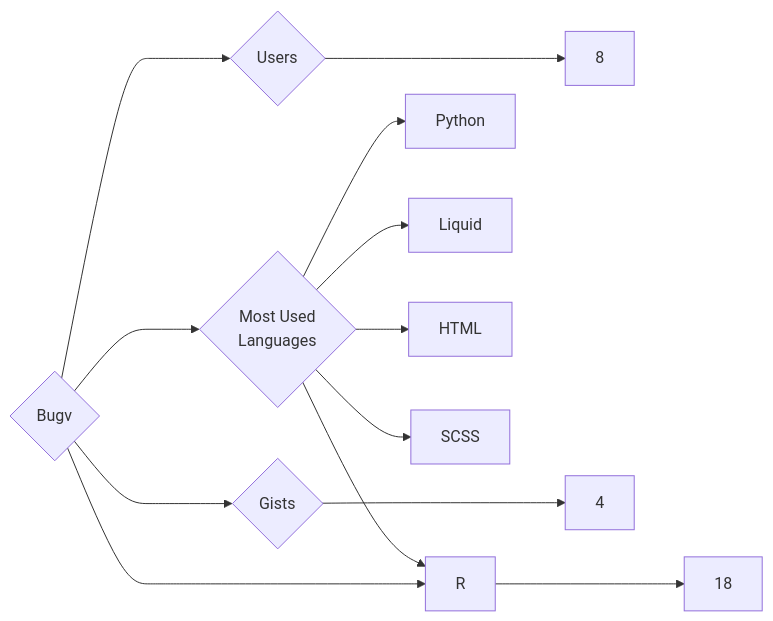
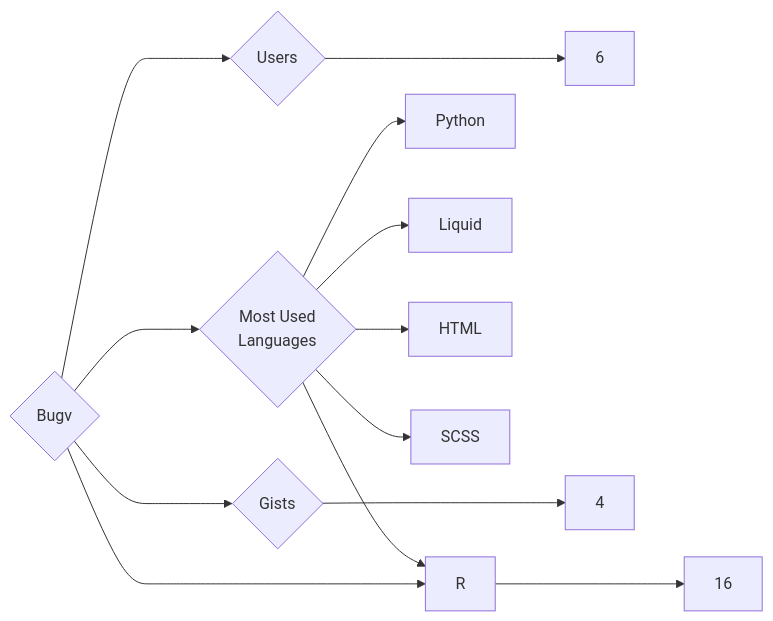
One commit to trickest/insiders changed the diagram in targets/Bugv/README.md. Above: the diagram before and after it, drawn with Mermaid. The commit also changed 1120 other files, not shown here.

````diff
--- a/targets/Bugv/README.md
+++ b/targets/Bugv/README.md
@@ -3,13 +3,13 @@
 ```mermaid
 graph LR
 COMPANY_NAME{Bugv}
-COMPANY_NAME ---> U{Users} ---> UN[8]
-COMPANY_NAME ---> R{Repositories} ---> RN[18]
+COMPANY_NAME ---> U{Users} ---> UN[6]
+COMPANY_NAME ---> R{Repositories} ---> RN[16]
 COMPANY_NAME ---> G{Gists} ---> GN[4]
 COMPANY_NAME ---> ML{Most Used<br>Languages}
 ML --> Python[Python]
 ML --> Liquid[Liquid]
 ML --> HTML[HTML]
 ML --> SCSS[SCSS]
 ML --> R[R]
 ```
````
